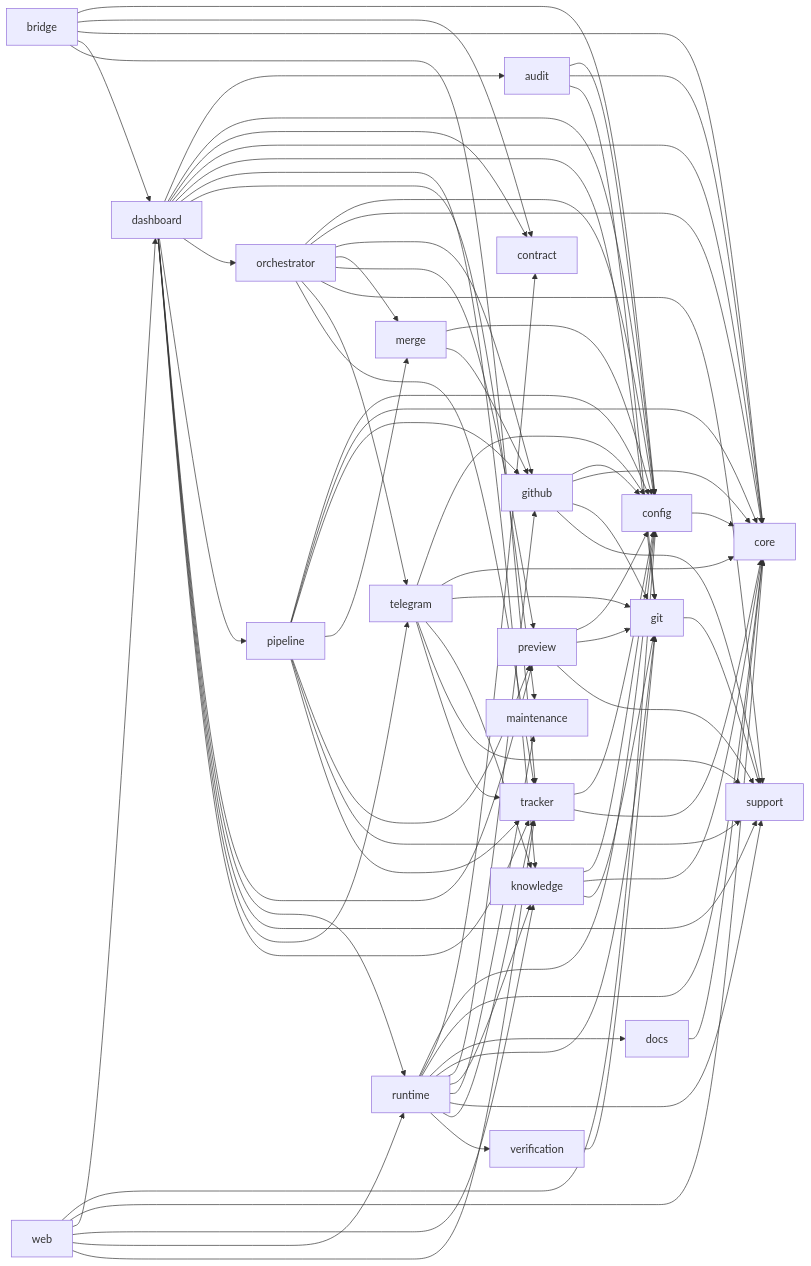
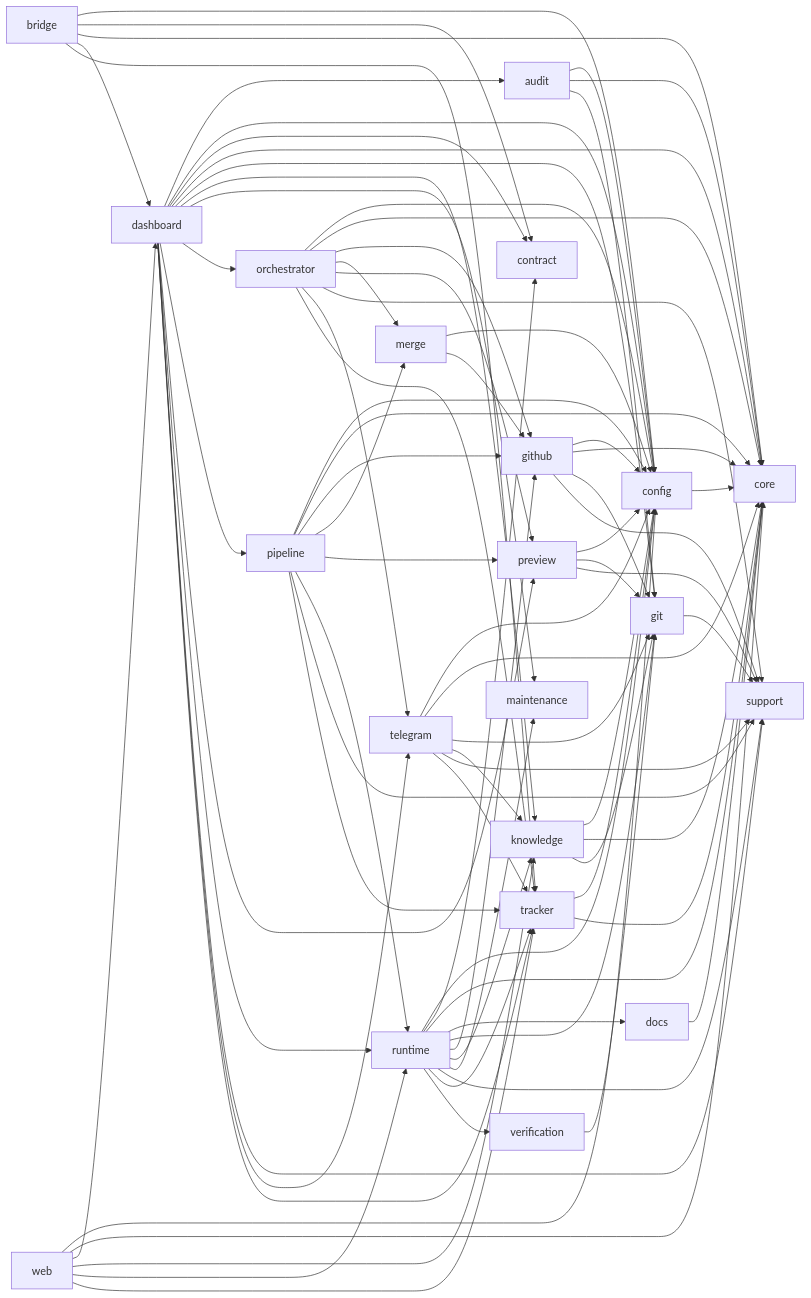
Before and after one commit to robbertvdzon/software-factory: the diagram in docs/technical/module-dependencies.md, drawn with Mermaid. The commit also changed other lines of this file and 19 other files, not shown here.

```diff
--- a/docs/technical/module-dependencies.md
+++ b/docs/technical/module-dependencies.md
@@ -98,6 +98,7 @@
     pipeline --> github
     pipeline --> merge
     pipeline --> preview
+    pipeline --> runtime
     pipeline --> support
     pipeline --> tracker
     preview --> config
```
